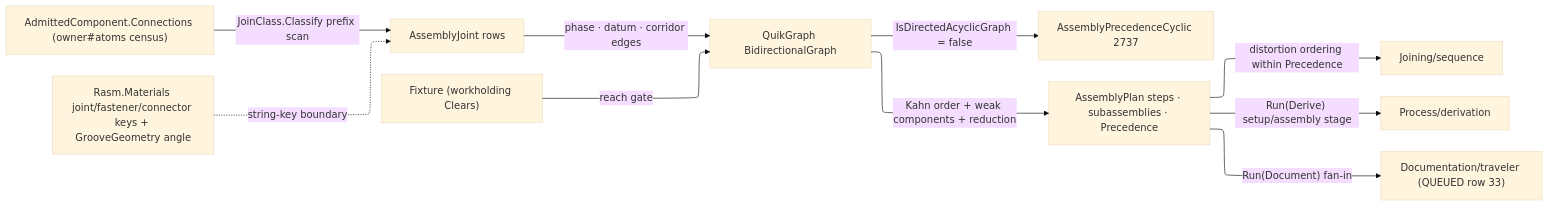
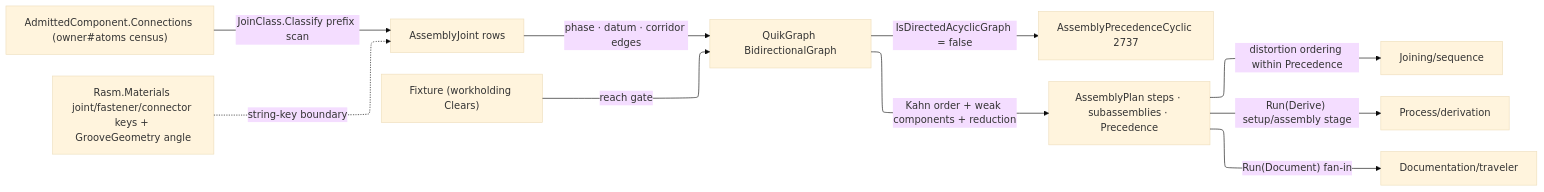
Before and after one commit to bsamiee/Rasm: the diagram in libs/csharp/Rasm.Fabrication/.planning/Fixturing/assembly.md, drawn with Mermaid. The commit also changed other lines of this file and 181 other files, not shown here.

````diff
--- a/libs/csharp/Rasm.Fabrication/.planning/Fixturing/assembly.md
+++ b/libs/csharp/Rasm.Fabrication/.planning/Fixturing/assembly.md
@@ -161,17 +161,17 @@
 ```mermaid
 ---
 config:
   layout: elk
   theme: base
 ---
 flowchart LR
     Component["AdmittedComponent.Connections (owner#atoms census)"] -->|"JoinClass.Classify prefix scan"| Joints["AssemblyJoint rows"]
     Materials["Rasm.Materials joint/fastener/connector keys + GrooveGeometry angle"] -.->|string-key boundary| Joints
     Joints -->|"phase · datum · corridor edges"| Graph["QuikGraph BidirectionalGraph"]
     Holding["Fixture (workholding Clears)"] -->|reach gate| Graph
     Graph -->|"IsDirectedAcyclicGraph = false"| Cyclic["AssemblyPrecedenceCyclic 2737"]
     Graph -->|"Kahn order + weak components + reduction"| Plan["AssemblyPlan steps · subassemblies · Precedence"]
     Plan -->|distortion ordering within Precedence| Sequence["Joining/sequence"]
     Plan -->|"Run(Derive) setup/assembly stage"| Derivation["Process/derivation"]
-    Plan -->|"Run(Document) fan-in"| Traveler["Documentation/traveler (QUEUED row 33)"]
+    Plan -->|"Run(Document) fan-in"| Traveler["Documentation/traveler"]
 ```
````
